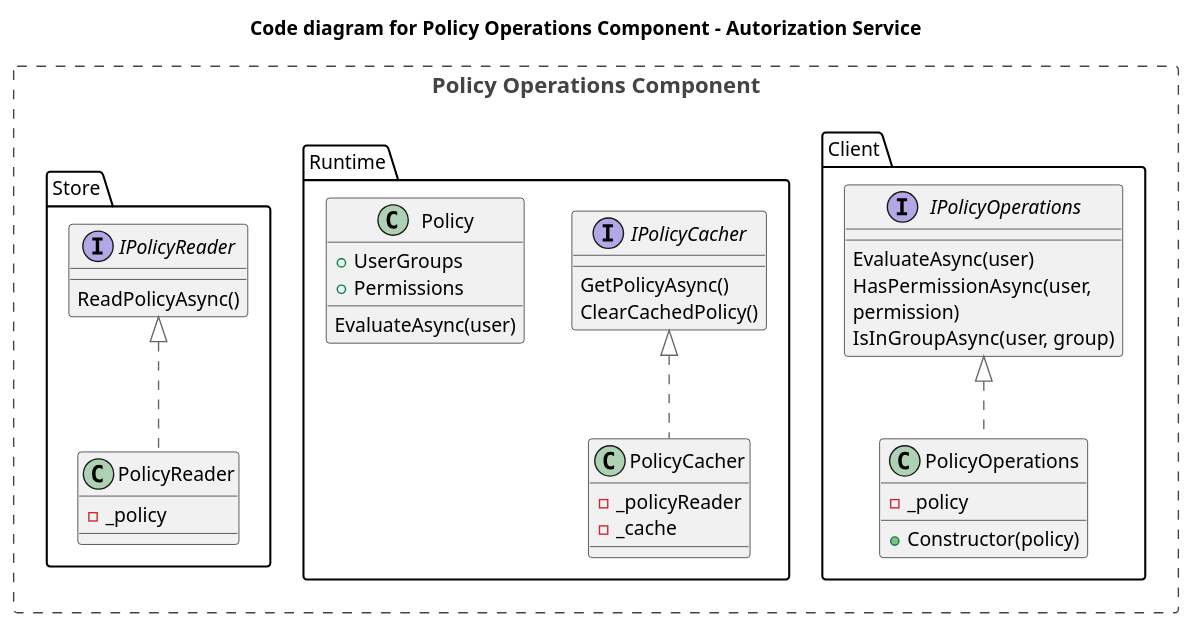
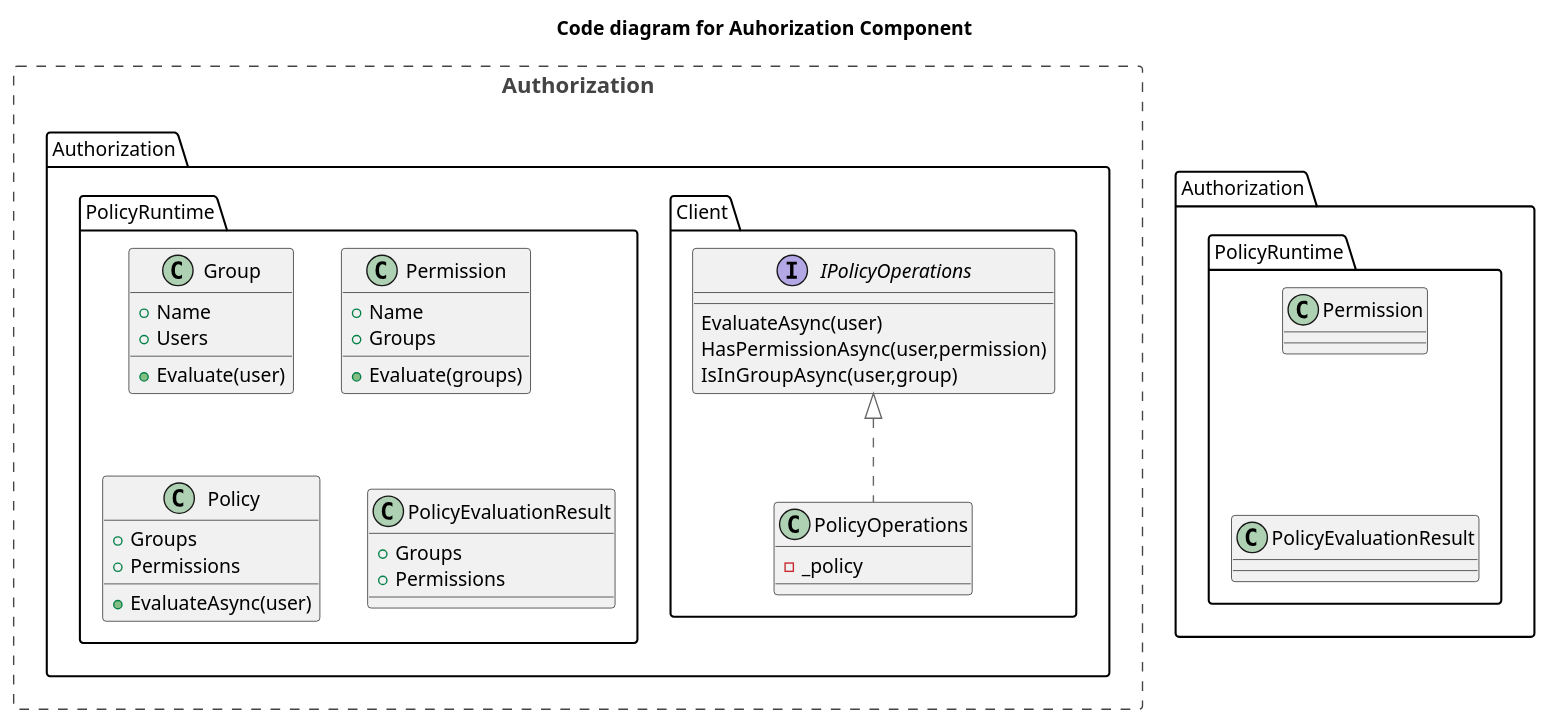
Before and after one commit to salmarsumi/CleanArchitecture: the diagram in architecture/authz_policy_operations.puml, drawn with PlantUML. The commit also changed 1 other file, not shown here.

Commit message:
architecture authorization diagrams

```diff
--- a/architecture/authz_policy_operations.puml
+++ b/architecture/authz_policy_operations.puml
@@ -1,52 +1,53 @@
 @startuml
 !include https://raw.githubusercontent.com/plantuml-stdlib/C4-PlantUML/master/C4_Component.puml
 
 HIDE_STEREOTYPE()
 
-title Code diagram for Policy Operations Component - Autorization Service
+title Code diagram for Auhorization Component
 
-Boundary(policy_ops, "Policy Operations Component") {
-
-    namespace Client {
+Boundary(authz, "Authorization") {
+    
+    namespace Authorization.Client {
+        
         interface IPolicyOperations {
             EvaluateAsync(user)
-            HasPermissionAsync(user, permission)
-            IsInGroupAsync(user, group)
+            HasPermissionAsync(user,permission)
+            IsInGroupAsync(user,group)
         }
 
         class PolicyOperations implements IPolicyOperations {
             -_policy
-            +Constructor(policy)
         }
     }
 
-    namespace Runtime {
-        interface IPolicyCacher {
-            GetPolicyAsync()
-            ClearCachedPolicy()
+    namespace Authorization.PolicyRuntime {
+        
+        class Group {
+            +Name
+            +Users
+            +Evaluate(user)
         }
 
-        class PolicyCacher implements IPolicyCacher {
-            -_policyReader
-            -_cache
+        class Permission {
+            +Name
+            +Groups
+            +Evaluate(groups)
         }
 
         class Policy {
-            +UserGroups
+            +Groups
             +Permissions
-            EvaluateAsync(user)
-        }
-    }
-
-    namespace Store {
-        interface IPolicyReader {
-            ReadPolicyAsync()
+            +EvaluateAsync(user)
         }
 
-        class PolicyReader implements IPolicyReader {
-            -_policy
+        class PolicyEvaluationResult {
+            +Groups
+            +Permissions
         }
     }
 }
 
+Lay_U(Authorization.PolicyRuntime.PolicyEvaluationResult, Authorization.PolicyRuntime.Permission)
+
+
 @enduml
```
